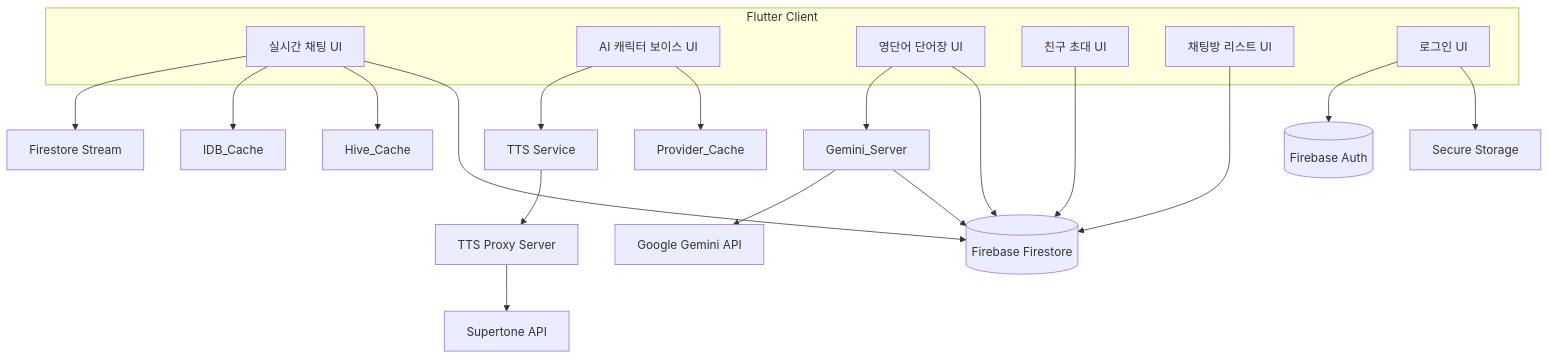
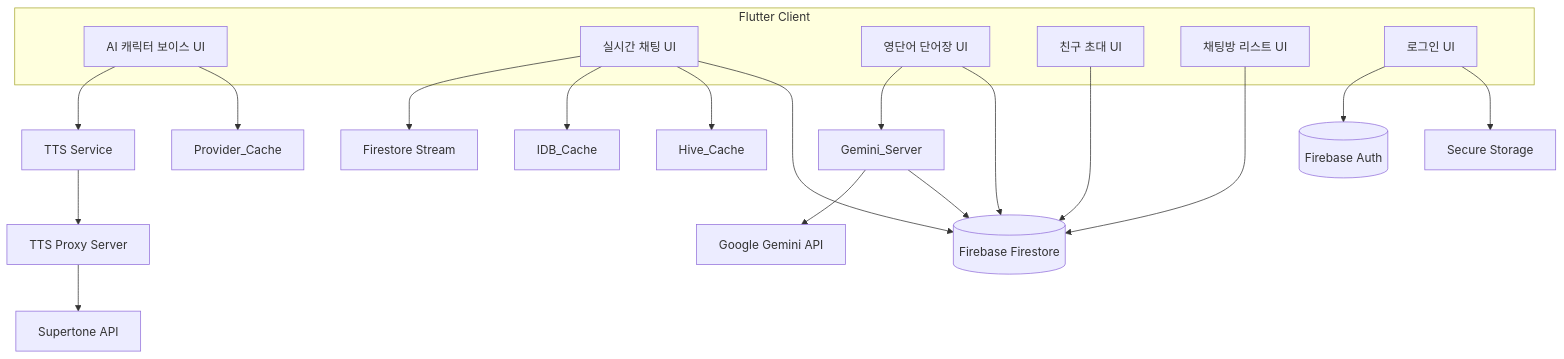
The diagram in README.md (8848man/machat), drawn with Mermaid before and after one commit. The commit also changed other lines of this file, not shown here.

````diff
--- a/README.md
+++ b/README.md
@@ -20,45 +20,45 @@
 ```mermaid
 graph TB
 
     %% --- 클라이언트 ---
     subgraph Client[Flutter Client]
+        VoiceUI[AI 캐릭터 보이스 UI]
         ChatUI[실시간 채팅 UI]
-        VoiceUI[AI 캐릭터 보이스 UI]
         VocabUI[영단어 단어장 UI]
         InviteUI[친구 초대 UI]
         RoomListUI[채팅방 리스트 UI]
         LoginUI[로그인 UI]
     end
     
     %% --- Firebase 공통 (먼저 정의) ---
     FS_DB[(Firebase Firestore)]
     FB_Auth[(Firebase Auth)]
     
     %% --- AI 캐릭터 보이스 ---
     VoiceUI --> TTS_Service[TTS Service];
     VoiceUI --> Provider_Cache[Provider_Cache];
     TTS_Service --> TTS_Proxy[TTS Proxy Server];
     TTS_Proxy --> Supertone[Supertone API];
     
     %% --- 실시간 채팅 ---
     ChatUI --> FS_Stream[Firestore Stream];
     ChatUI --> Web_Cache[IDB_Cache];
     ChatUI --> Mobile_Cache[Hive_Cache];
     ChatUI --> FS_DB;
     Gemini_Server --> Gemini_API[Google Gemini API];
     
     %% --- 단어장 기능 ---
     VocabUI --> Gemini_Server;
     VocabUI --> FS_DB;
     Gemini_Server --> FS_DB;
     
     %% --- 친구 초대 ---
     InviteUI --> FS_DB;
     
     %% --- 채팅방 리스트 관리 ---
     RoomListUI --> FS_DB;
     
     %% --- 로그인 기능 ---
     LoginUI --> FB_Auth;
     LoginUI --> SecureStorage[Secure Storage];
 ```
````
